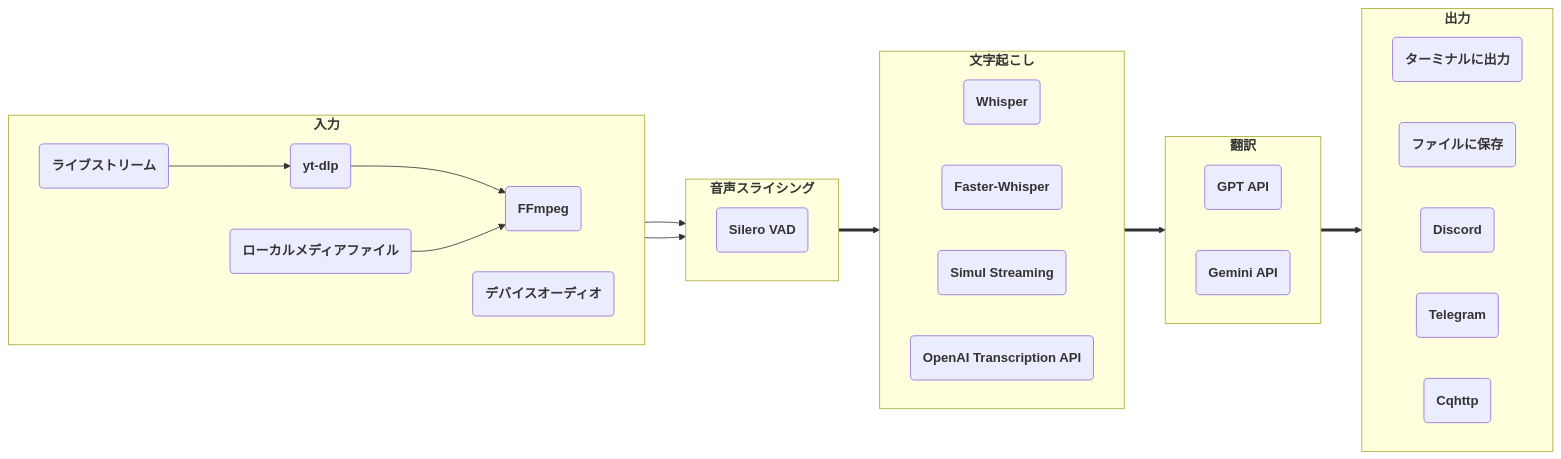
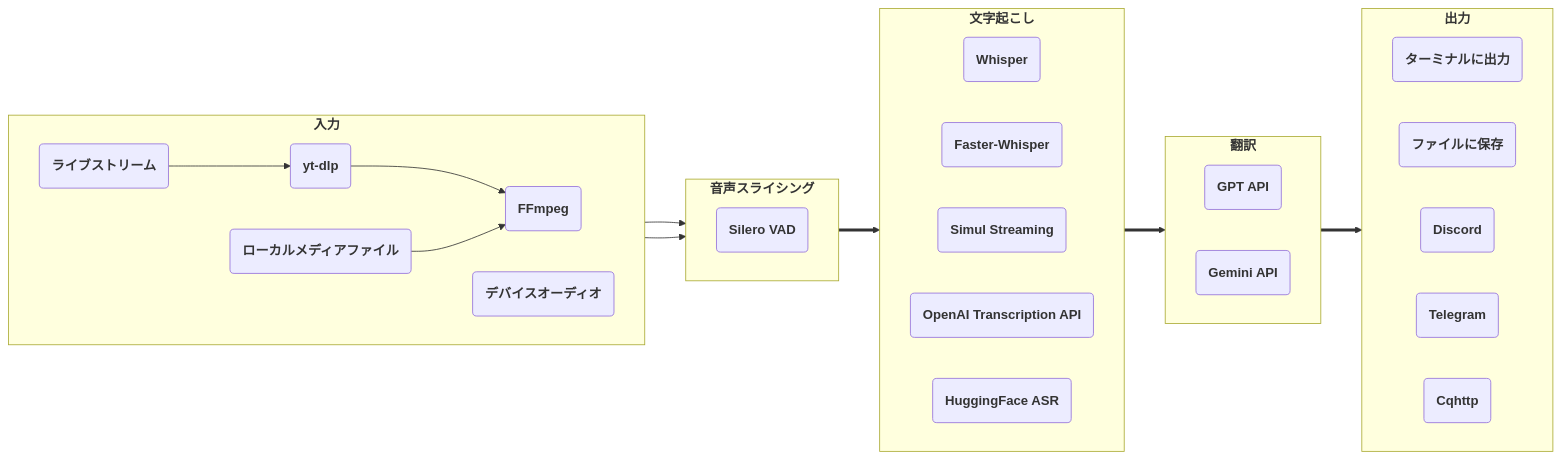
One commit to ionic-bond/stream-translator-gpt changed the diagram in README_JP.md. Above: the diagram before and after it, drawn with Mermaid. The commit also changed other lines of this file and 3 other files, not shown here.

````diff
--- a/README_JP.md
+++ b/README_JP.md
@@ -19,43 +19,44 @@
 ```mermaid
 flowchart LR
     subgraph ga["`**入力**`"]
         direction LR
         aa("`**FFmpeg**`")
         ab("`**デバイスオーディオ**`")
         ac("`**yt-dlp**`")
         ad("`**ローカルメディアファイル**`")
         ae("`**ライブストリーム**`")
         ac --> aa
         ad --> aa
         ae --> ac
     end
     subgraph gb["`**音声スライシング**`"]
         direction LR
         ba("`**Silero VAD**`")
     end
     subgraph gc["`**文字起こし**`"]
         direction LR
         ca("`**Whisper**`")
         cb("`**Faster-Whisper**`")
         cc("`**Simul Streaming**`")
         cd("`**OpenAI Transcription API**`")
+        ce("`**HuggingFace ASR**`")
     end
     subgraph gd["`**翻訳**`"]
         direction LR
         da("`**GPT API**`")
         db("`**Gemini API**`")
     end
     subgraph ge["`**出力**`"]
         direction LR
         ea("`**ターミナルに出力**`")
         ee("`**ファイルに保存**`")
         ec("`**Discord**`")
         ed("`**Telegram**`")
         eb("`**Cqhttp**`")
     end
     aa --> gb
     ab --> gb
     gb ==> gc
     gc ==> gd
     gd ==> ge
 ```
````
